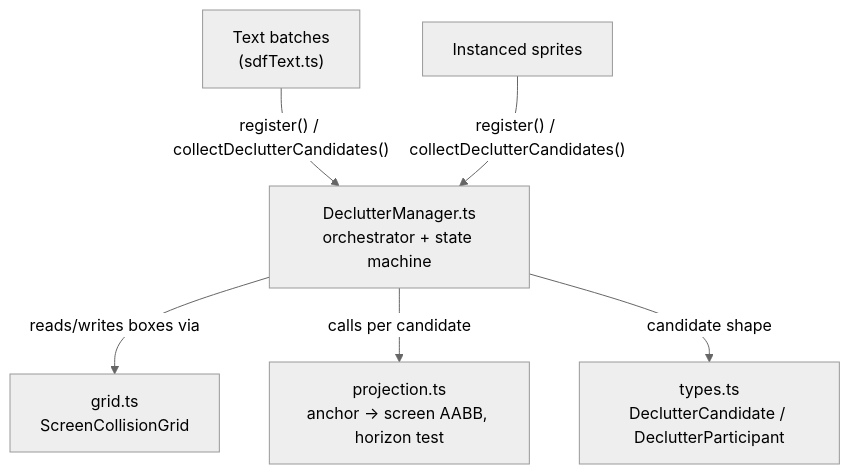
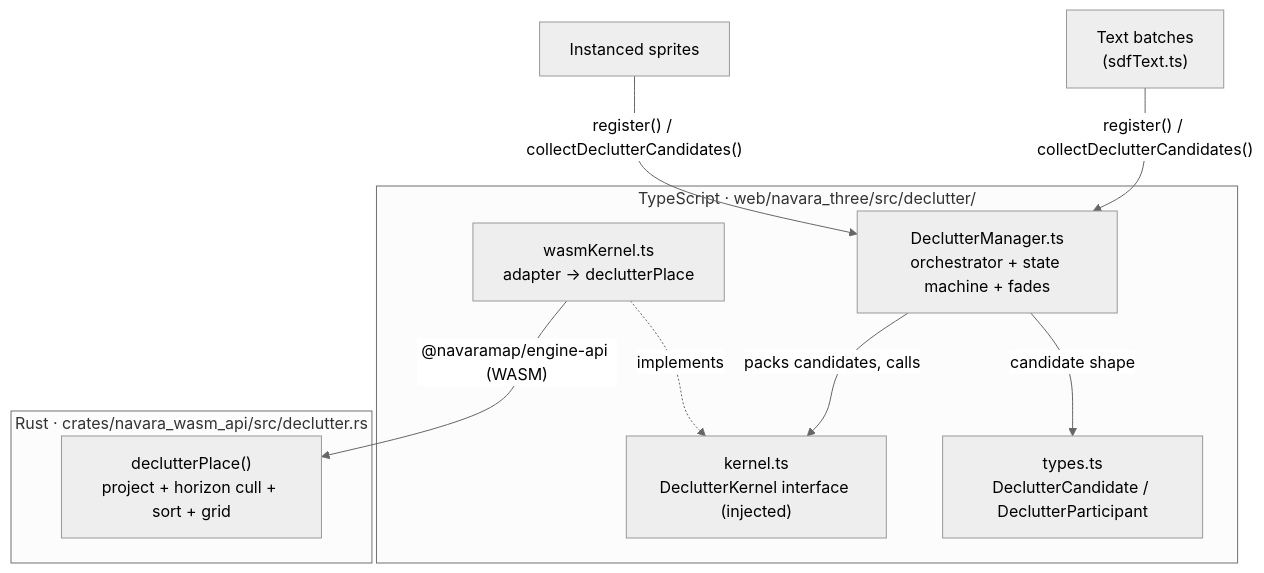
One commit to reearth/navara changed the second of 3 diagrams in guide/DECLUTTER.md. Above: the diagram before and after it, drawn with Mermaid (neutral theme). The commit also changed other lines of this file and 12 other files, not shown here.

Commit message:
move declutter kernels to rust

````diff
--- a/guide/DECLUTTER.md
+++ b/guide/DECLUTTER.md
@@ -65,13 +76,18 @@
 ```mermaid
 graph TD
-  DM["DeclutterManager.ts<br/>orchestrator + state machine"]
-  Grid["grid.ts<br/>ScreenCollisionGrid"]
-  Proj["projection.ts<br/>anchor → screen AABB, horizon test"]
-  Types["types.ts<br/>DeclutterCandidate / DeclutterParticipant"]
-
-  DM -->|"reads/writes boxes via"| Grid
-  DM -->|"calls per candidate"| Proj
-  DM -->|"candidate shape"| Types
+  subgraph ts["TypeScript · web/navara_three/src/declutter/"]
+    DM["DeclutterManager.ts<br/>orchestrator + state machine + fades"]
+    Kernel["kernel.ts<br/>DeclutterKernel interface (injected)"]
+    WasmK["wasmKernel.ts<br/>adapter → declutterPlace"]
+    Types["types.ts<br/>DeclutterCandidate / DeclutterParticipant"]
+    DM -->|"packs candidates, calls"| Kernel
+    DM -->|"candidate shape"| Types
+    WasmK -.implements.-> Kernel
+  end
+  subgraph rs["Rust · crates/navara_wasm_api/src/declutter.rs"]
+    Place["declutterPlace()<br/>project + horizon cull + sort + grid"]
+  end
+  WasmK -->|"@navaramap/engine-api (WASM)"| Place
   Text["Text batches<br/>(sdfText.ts)"] -->|"register() / collectDeclutterCandidates()"| DM
   Sprites["Instanced sprites"] -->|"register() / collectDeclutterCandidates()"| DM
 ```
````
